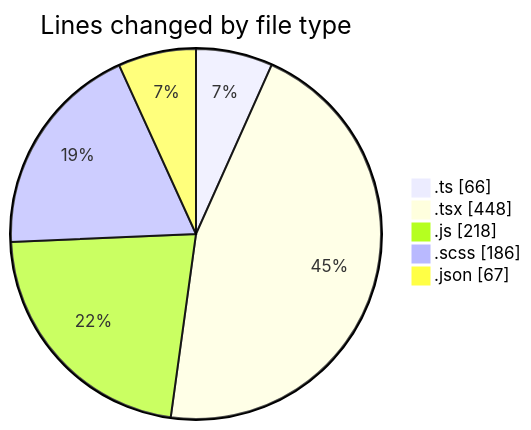
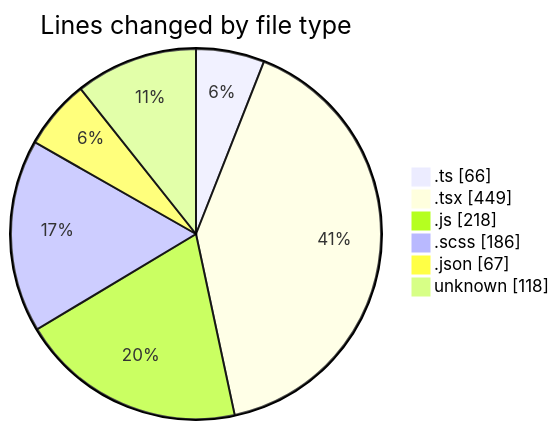
Before and after one commit to momahboobian/code-tracking: the first of 2 diagrams in 2026-05-08/cda/README.md, drawn with Mermaid. The commit also changed other lines of this file and 1 other file, not shown here.

````diff
--- a/2026-05-08/cda/README.md
+++ b/2026-05-08/cda/README.md
@@ -33,9 +34,10 @@
 ```mermaid
 pie showData
 title Lines changed by file type
 ".ts" : 66
-".tsx" : 448
+".tsx" : 449
 ".js" : 218
 ".scss" : 186
 ".json" : 67
+"unknown" : 118
 ```
````
